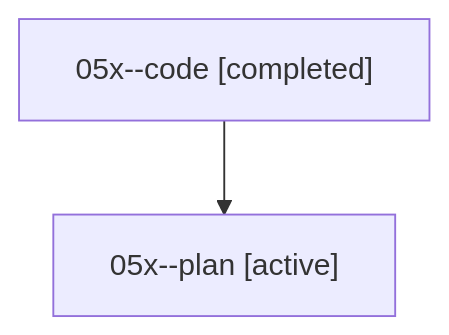
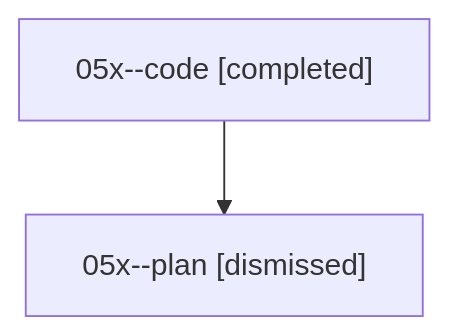
One commit to sase-org/sase--agents changed the diagram in sessions/bbugyi200.athena.05x.md. Above: the diagram before and after it, drawn with Mermaid. The commit also changed other lines of this file and 43 other files, not shown here.

````diff
--- a/sessions/bbugyi200.athena.05x.md
+++ b/sessions/bbugyi200.athena.05x.md
@@ -9,6 +9,6 @@
 ```mermaid
 flowchart TD
   n0["05x--code [completed]"]
-  n1["05x--plan [active]"]
+  n1["05x--plan [dismissed]"]
   n0 --> n1
 ```
````
